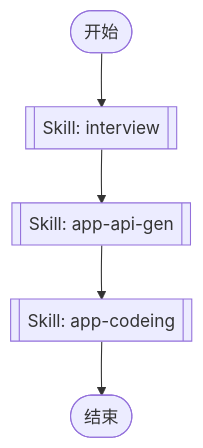
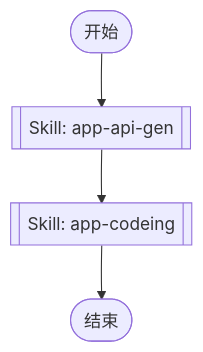
Before and after one commit to fzf-labs/ai-boilerplate: the diagram in .claude/commands/app-dev.md, drawn with Mermaid. The commit also changed other lines of this file and 8 other files, not shown here.

````diff
--- a/.claude/commands/app-dev.md
+++ b/.claude/commands/app-dev.md
@@ -5,13 +5,11 @@
 ```mermaid
 flowchart TD
     start_node_default([开始])
     end_node_default([结束])
-    skill_1768095891986[[Skill: interview]]
     skill_1768095903165[[Skill: app-api-gen]]
     skill_1768095911507[[Skill: app-codeing]]
 
-    start_node_default --> skill_1768095891986
-    skill_1768095891986 --> skill_1768095903165
+    start_node_default  --> skill_1768095903165
     skill_1768095903165 --> skill_1768095911507
     skill_1768095911507 --> end_node_default
 ```
````
